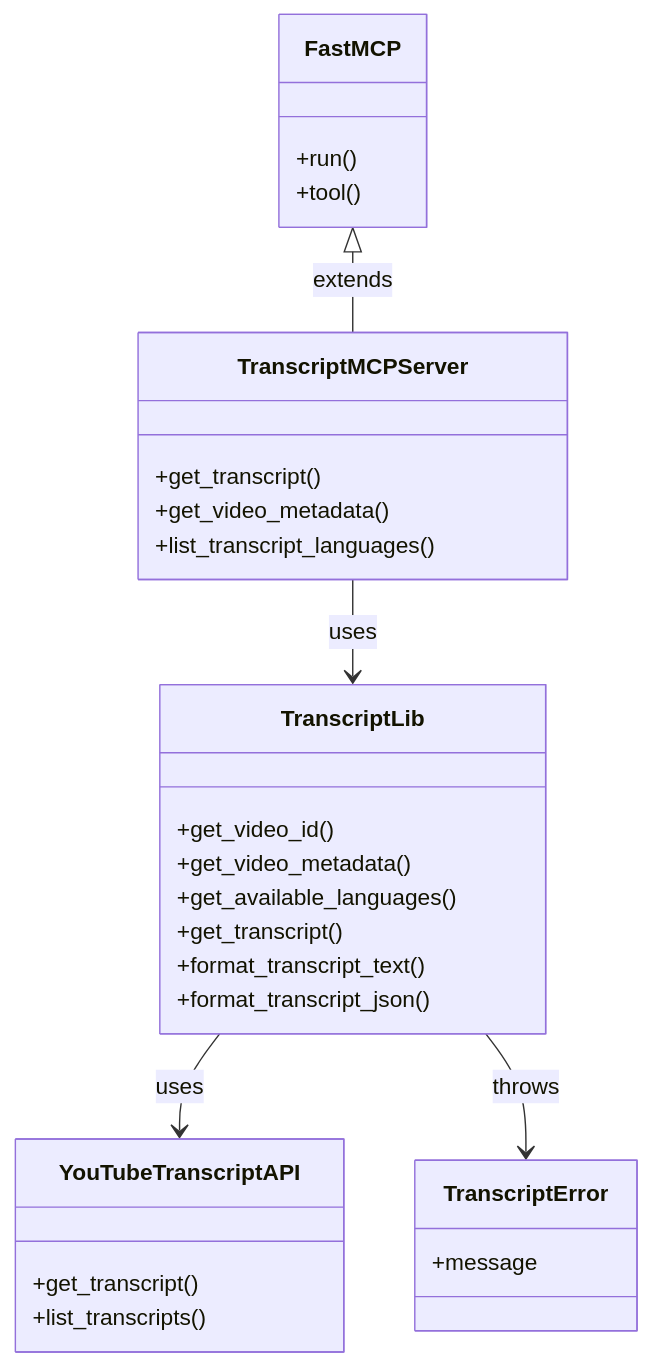
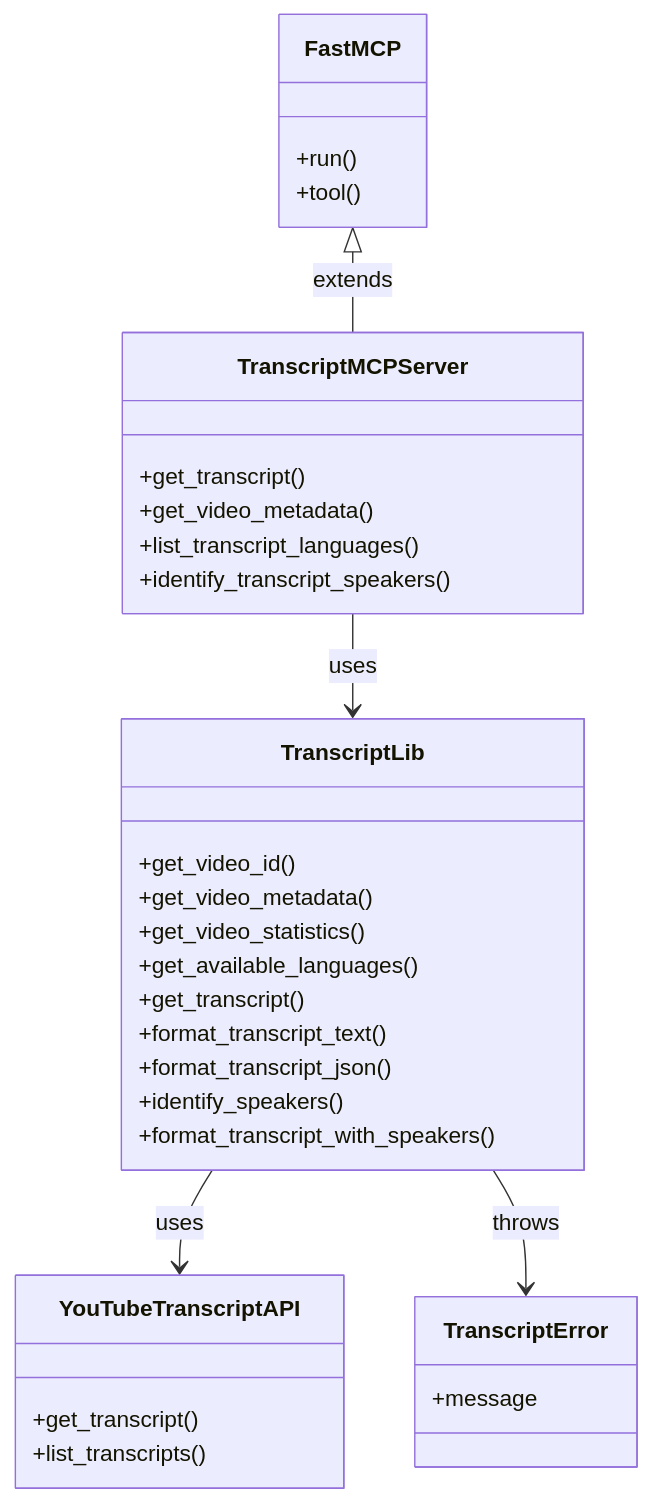
The second of 3 diagrams in README.md (palvindersander/youtube-transcript-mcp), drawn with Mermaid before and after one commit. The commit also changed other lines of this file and 5 other files, not shown here.

````diff
--- a/README.md
+++ b/README.md
@@ -41,36 +41,40 @@
 ```mermaid
 classDiagram
     class FastMCP {
         +run()
         +tool()
     }
     
     class TranscriptMCPServer {
         +get_transcript()
         +get_video_metadata()
         +list_transcript_languages()
+        +identify_transcript_speakers()
     }
     
     class TranscriptLib {
         +get_video_id()
         +get_video_metadata()
+        +get_video_statistics()
         +get_available_languages()
         +get_transcript()
         +format_transcript_text()
         +format_transcript_json()
+        +identify_speakers()
+        +format_transcript_with_speakers()
     }
     
     class YouTubeTranscriptAPI {
         +get_transcript()
         +list_transcripts()
     }
     
     class TranscriptError {
         +message
     }
     
     FastMCP <|-- TranscriptMCPServer : extends
     TranscriptMCPServer --> TranscriptLib : uses
     TranscriptLib --> YouTubeTranscriptAPI : uses
     TranscriptLib --> TranscriptError : throws
 ```
````
